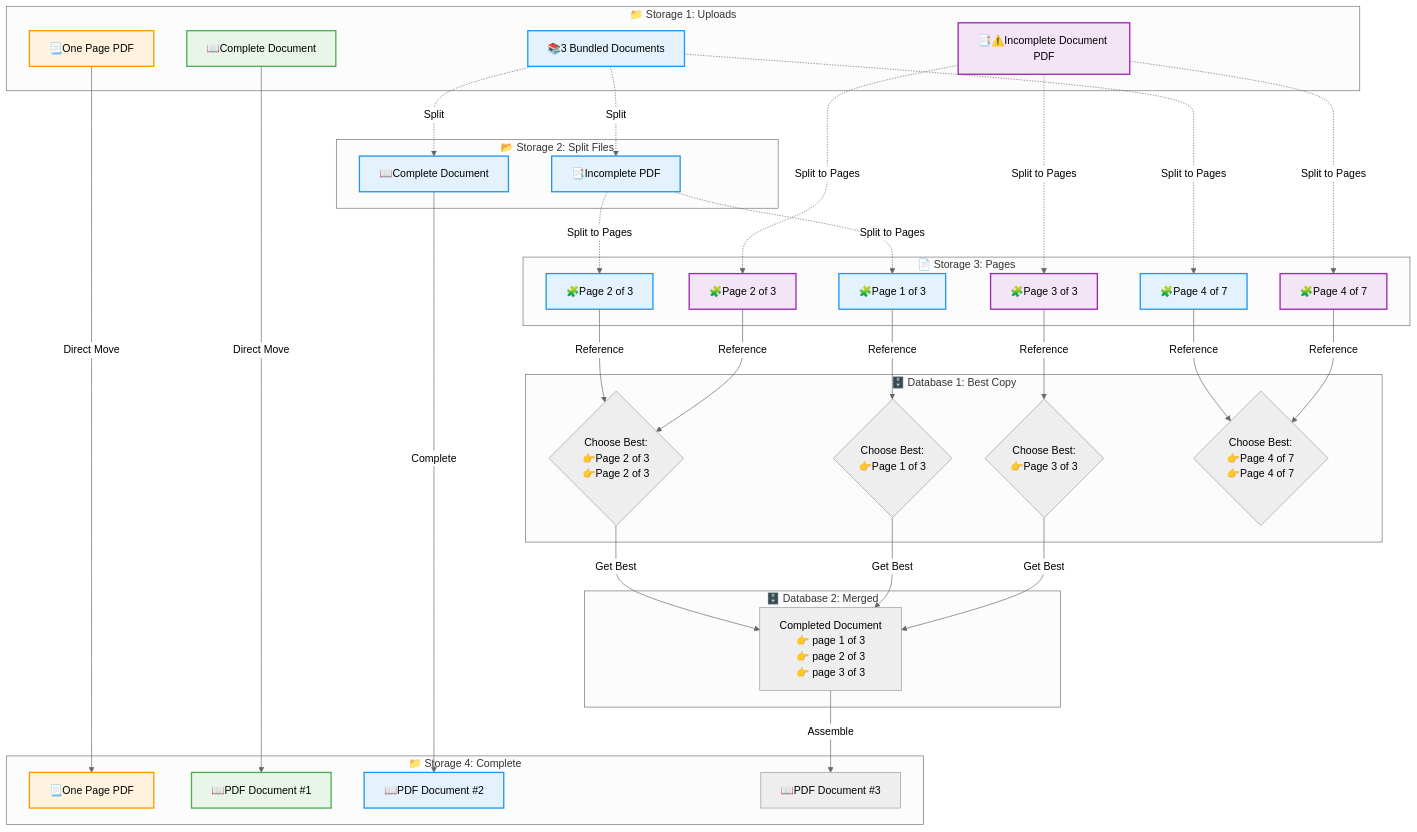
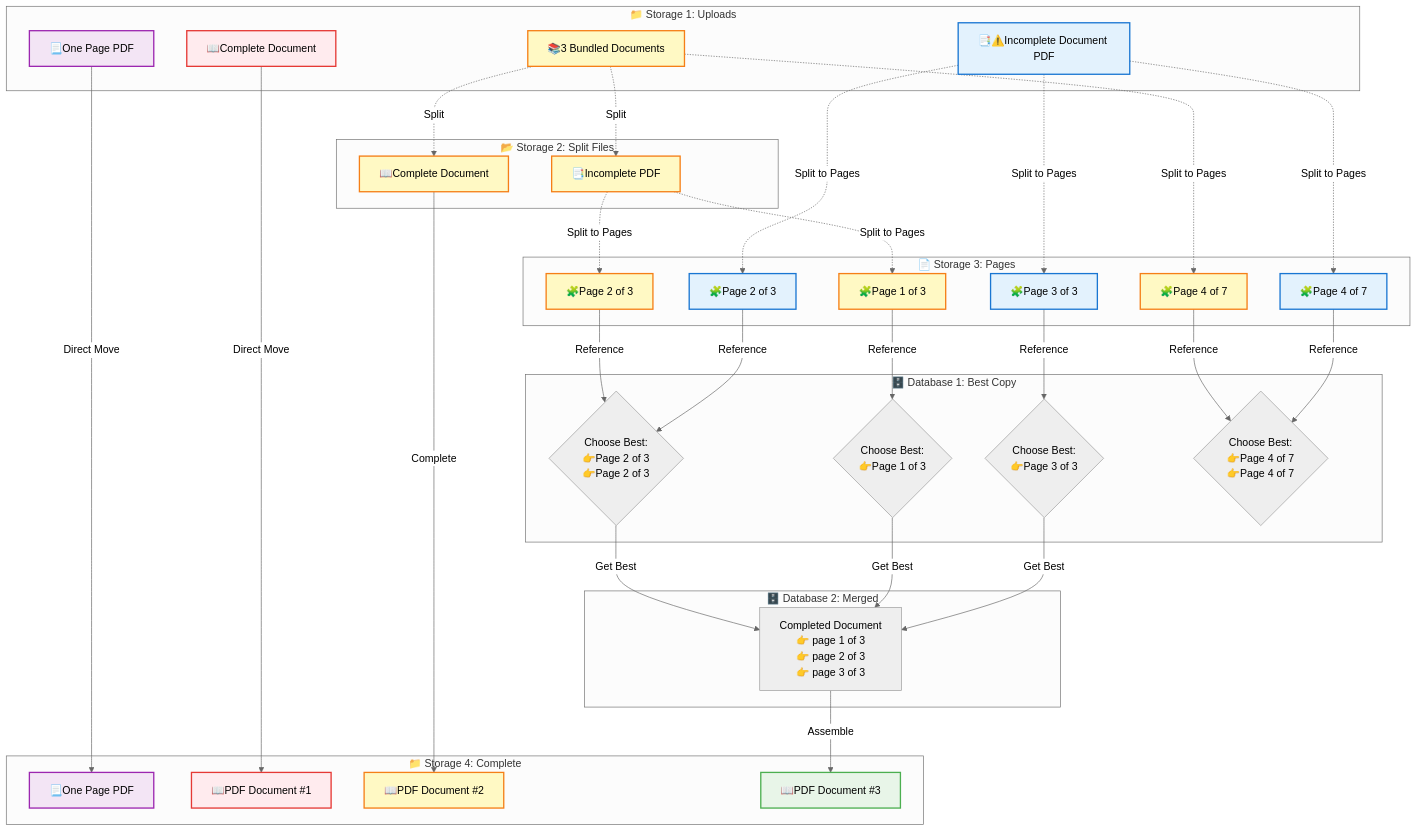
One commit to Mharbulous/Bookkeeper changed the diagram in .plans/1. Ideas/Organizer.md. Above: the diagram before and after it, drawn with Mermaid (neutral theme).

Commit message:
Implemented color scheme:  yellow + blue = green

````diff
--- a/.plans/1. Ideas/Organizer.md
+++ b/.plans/1. Ideas/Organizer.md
@@ -101,22 +101,26 @@
 
 
     %% Color Coding by Document Source/Family
-    classDef singleDocFamily fill:#e8f5e8,stroke:#4caf50,stroke-width:2px,color:#000000
-    classDef bundleDocFamily fill:#e3f2fd,stroke:#2196f3,stroke-width:2px,color:#000000
-    classDef incompleteDocFamily fill:#f3e5f5,stroke:#9c27b0,stroke-width:2px,color:#000000
-    classDef onePageDocFamily fill:#fff3e0,stroke:#ff9800,stroke-width:2px,color:#000000
-    classDef duplicateNode fill:#ffebee,stroke:#f44336,stroke-width:2px,color:#000000
+    classDef singleDocFamily fill:#ffebee,stroke:#e53935,stroke-width:2px,color:#000000
+    classDef bundleDocFamily fill:#fff9c4,stroke:#f57f17,stroke-width:2px,color:#000000
+    classDef incompleteDocFamily fill:#e3f2fd,stroke:#1976d2,stroke-width:2px,color:#000000
+    classDef onePageDocFamily fill:#f3e5f5,stroke:#9c27b0,stroke-width:2px,color:#000000
+    classDef blendedDocFamily fill:#e8f5e8,stroke:#4caf50,stroke-width:2px,color:#000000
+    classDef duplicateNode fill:#fff3e0,stroke:#ff9800,stroke-width:2px,color:#000000
 
-    %% Single Complete Document Family (Light Green)
+    %% Single Complete Document Family (Light Red)
     class Single,CompleteRaw singleDocFamily
 
-    %% Bundle Document Family (Light Blue)
+    %% Bundle Document Family (Light Yellow)
     class Bundle,DocA,OnePage_split,DocC,SoloPage1,SoloPage2,CompleteSplit bundleDocFamily
 
-    %% Incomplete Document Family (Light Purple)
+    %% Incomplete Document Family (Light Blue)
     class Incomplete,PageRaw1,PageRaw2,PageRaw3 incompleteDocFamily
 
-    %% One Page Document Family (Light Orange)
+    %% One Page Document Family (Light Purple)
     class OnePage,OnePageComplete onePageDocFamily
 
+    %% Blended Document Family (Green - Yellow+Blue blend for multi-source documents)
+    class CompleteMerged blendedDocFamily
+
 ```
````
